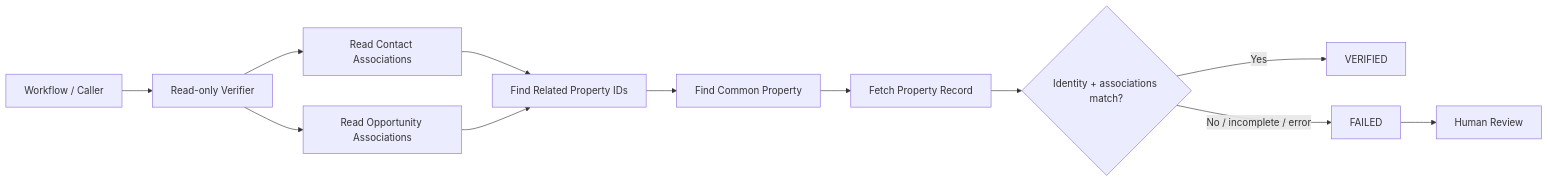
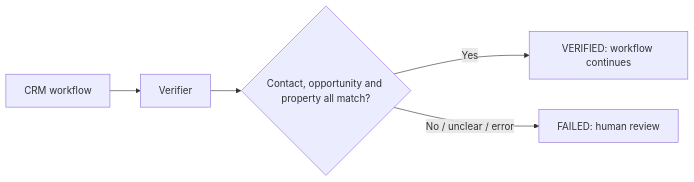
Before and after one commit to JoelGPascal/crm-association-verifier: the diagram in README.md, drawn with Mermaid. The commit also changed other lines of this file and 2 other files, not shown here.

````diff
--- a/README.md
+++ b/README.md
@@ -27,14 +21,7 @@
 ```mermaid
 flowchart LR
-    A[Workflow / Caller] --> B[Read-only Verifier]
-    B --> C[Read Contact Associations]
-    B --> D[Read Opportunity Associations]
-    C --> E[Find Related Property IDs]
-    D --> E
-    E --> F[Find Common Property]
-    F --> G[Fetch Property Record]
-    G --> H{Identity + associations match?}
-    H -->|Yes| I[VERIFIED]
-    H -->|No / incomplete / error| J[FAILED]
-    J --> K[Human Review]
+    A[CRM workflow] --> B[Verifier]
+    B --> C{Contact, opportunity and property all match?}
+    C -->|Yes| D[VERIFIED: workflow continues]
+    C -->|No / unclear / error| E[FAILED: human review]
 ```
````
